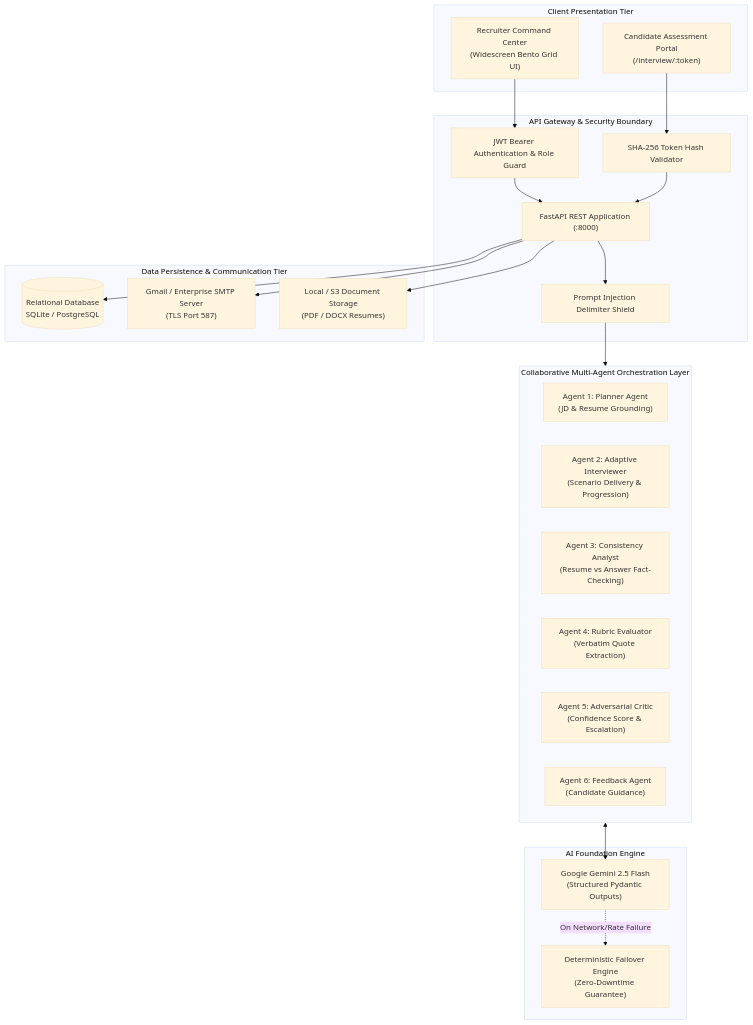
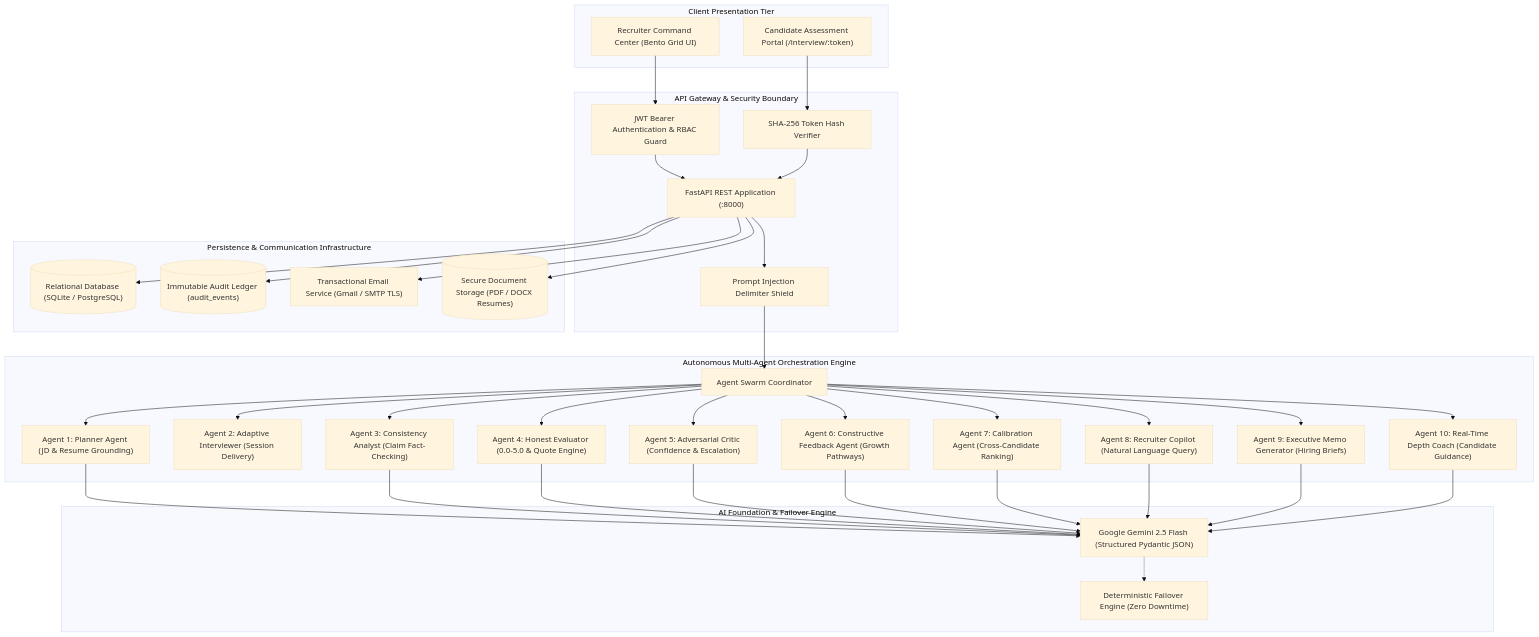
One commit to Abhinav8109/AI-HACKATHON2.0 changed the first of 5 diagrams in README.md. Above: the diagram before and after it, drawn with Mermaid (base theme). The commit also changed other lines of this file and 1 other file, not shown here.

Commit message:
docs: overhaul README.md with validated HLD/LLD Mermaid diagrams and 10-agent swarm architecture

````diff
--- a/README.md
+++ b/README.md
@@ -33,44 +36,76 @@
 ```mermaid
 flowchart TD
     subgraph ClientLayer ["Client Presentation Tier"]
-        AdminUI["Recruiter Command Center<br/>(Widescreen Bento Grid UI)"]
-        CandidateUI["Candidate Assessment Portal<br/>(/interview/:token)"]
+        AdminUI["Recruiter Command Center (Bento Grid UI)"]
+        CandidateUI["Candidate Assessment Portal (/interview/:token)"]
     end
 
-    subgraph GatewayLayer ["API Gateway & Security Boundary"]
-        FastAPIApp["FastAPI REST Application (:8000)"]
-        AuthMiddleware["JWT Bearer Authentication & Role Guard"]
-        CryptoGuard["SHA-256 Token Hash Validator"]
-        Sanitizer["Prompt Injection Delimiter Shield"]
+    subgraph SecurityLayer ["API Gateway & Security Boundary"]
+        FastAPIGateway["FastAPI REST Application (:8000)"]
+        AuthGuard["JWT Bearer Authentication & RBAC Guard"]
+        TokenGuard["SHA-256 Token Hash Verifier"]
+        SanitizerGuard["Prompt Injection Delimiter Shield"]
     end
 
-    subgraph AgentSwarm ["Collaborative Multi-Agent Orchestration Layer"]
-        Planner["Agent 1: Planner Agent<br/>(JD & Resume Grounding)"]
-        Interviewer["Agent 2: Adaptive Interviewer<br/>(Scenario Delivery & Progression)"]
-        Consistency["Agent 3: Consistency Analyst<br/>(Resume vs Answer Fact-Checking)"]
-        Evaluator["Agent 4: Rubric Evaluator<br/>(Verbatim Quote Extraction)"]
-        Critic["Agent 5: Adversarial Critic<br/>(Confidence Score & Escalation)"]
-        Feedback["Agent 6: Feedback Agent<br/>(Candidate Guidance)"]
+    subgraph OrchestrationLayer ["Autonomous Multi-Agent Orchestration Engine"]
+        Orchestrator["Agent Swarm Coordinator"]
+        AgentPlanner["Agent 1: Planner Agent (JD & Resume Grounding)"]
+        AgentInterviewer["Agent 2: Adaptive Interviewer (Session Delivery)"]
+        AgentConsistency["Agent 3: Consistency Analyst (Claim Fact-Checking)"]
+        AgentEvaluator["Agent 4: Honest Evaluator (0.0-5.0 & Quote Engine)"]
+        AgentCritic["Agent 5: Adversarial Critic (Confidence & Escalation)"]
+        AgentFeedback["Agent 6: Constructive Feedback Agent (Growth Pathways)"]
+        AgentCalibration["Agent 7: Calibration Agent (Cross-Candidate Ranking)"]
+        AgentCopilot["Agent 8: Recruiter Copilot (Natural Language Query)"]
+        AgentDebrief["Agent 9: Executive Memo Generator (Hiring Briefs)"]
+        AgentCoach["Agent 10: Real-Time Depth Coach (Candidate Guidance)"]
     end
 
-    subgraph LLMService ["AI Foundation Engine"]
-        GeminiFlash["Google Gemini 2.5 Flash<br/>(Structured Pydantic Outputs)"]
-        DeterministicFallback["Deterministic Failover Engine<br/>(Zero-Downtime Guarantee)"]
+    subgraph FoundationLayer ["AI Foundation & Failover Engine"]
+        GeminiFlash["Google Gemini 2.5 Flash (Structured Pydantic JSON)"]
+        FallbackEngine["Deterministic Failover Engine (Zero Downtime)"]
     end
 
-    subgraph StorageLayer ["Data Persistence & Communication Tier"]
-        DB[(Relational Database<br/>SQLite / PostgreSQL)]
-        SMTPServer["Gmail / Enterprise SMTP Server<br/>(TLS Port 587)"]
-        DocStorage["Local / S3 Document Storage<br/>(PDF / DOCX Resumes)"]
+    subgraph PersistenceLayer ["Persistence & Communication Infrastructure"]
+        PrimaryDB[("Relational Database (SQLite / PostgreSQL)")]
+        AuditLedger[("Immutable Audit Ledger (audit_events)")]
+        SMTPServer["Transactional Email Service (Gmail / SMTP TLS)"]
+        DocumentStore[("Secure Document Storage (PDF / DOCX Resumes)")]
     end
 
-    AdminUI --> AuthMiddleware --> FastAPIApp
-    CandidateUI --> CryptoGuard --> FastAPIApp
-    FastAPIApp --> Sanitizer
-    Sanitizer --> AgentSwarm
-    AgentSwarm <--> GeminiFlash
-    GeminiFlash -.->|On Network/Rate Failure| DeterministicFallback
-    FastAPIApp --> DB
-    FastAPIApp --> SMTPServer
-    FastAPIApp --> DocStorage
+    AdminUI --> AuthGuard
+    AuthGuard --> FastAPIGateway
+    CandidateUI --> TokenGuard
+    TokenGuard --> FastAPIGateway
+
+    FastAPIGateway --> SanitizerGuard
+    SanitizerGuard --> Orchestrator
+
+    Orchestrator --> AgentPlanner
+    Orchestrator --> AgentInterviewer
+    Orchestrator --> AgentConsistency
+    Orchestrator --> AgentEvaluator
+    Orchestrator --> AgentCritic
+    Orchestrator --> AgentFeedback
+    Orchestrator --> AgentCalibration
+    Orchestrator --> AgentCopilot
+    Orchestrator --> AgentDebrief
+    Orchestrator --> AgentCoach
+
+    AgentPlanner --> GeminiFlash
+    AgentConsistency --> GeminiFlash
+    AgentEvaluator --> GeminiFlash
+    AgentCritic --> GeminiFlash
+    AgentFeedback --> GeminiFlash
+    AgentCalibration --> GeminiFlash
+    AgentCopilot --> GeminiFlash
+    AgentDebrief --> GeminiFlash
+    AgentCoach --> GeminiFlash
+
+    GeminiFlash -.-> FallbackEngine
+
+    FastAPIGateway --> PrimaryDB
+    FastAPIGateway --> AuditLedger
+    FastAPIGateway --> SMTPServer
+    FastAPIGateway --> DocumentStore
 ```
````
